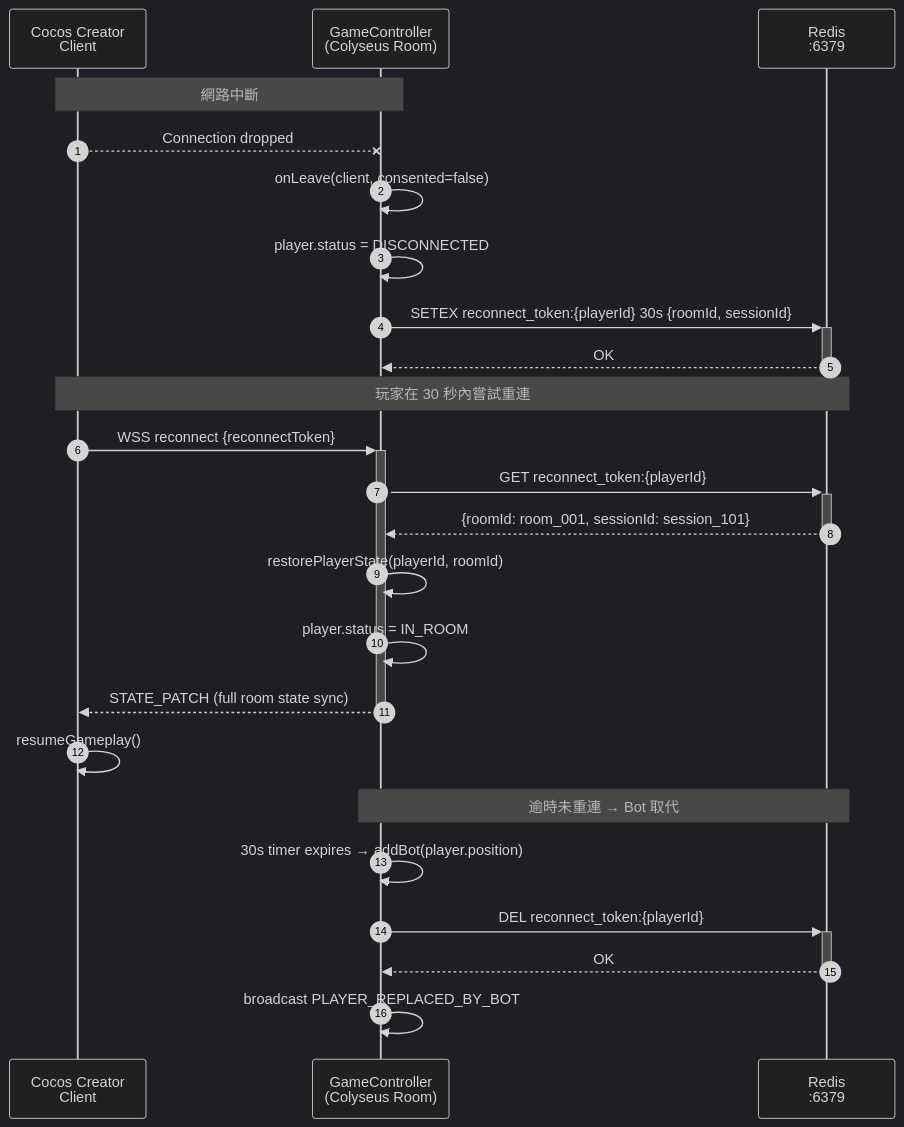
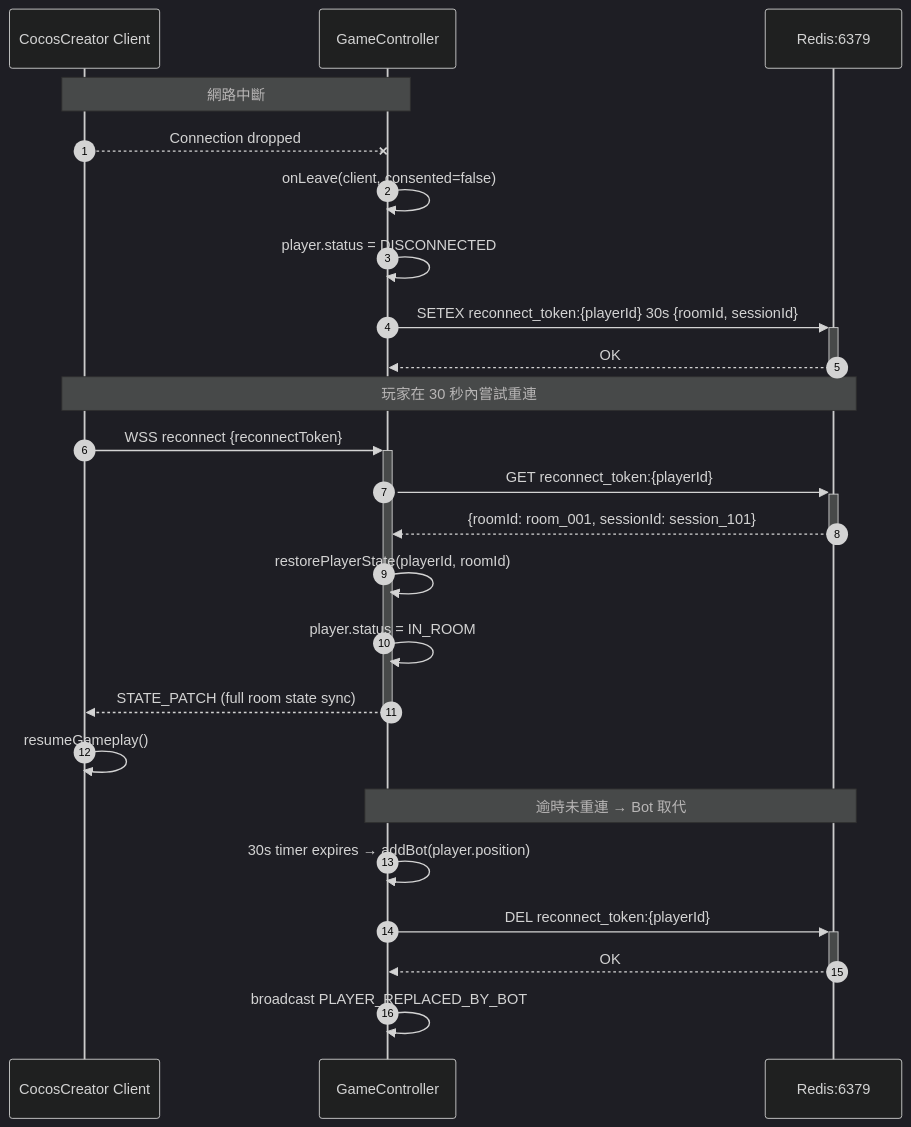
The fourth of 4 diagrams in docs/diagrams/sequence-shoot-fish-error.md (ibalasite/fishgame), drawn with Mermaid before and after one commit. The commit also changed other lines of this file and 5 other files, not shown here.

First line of the commit message:
fix: remove all <br/> from Mermaid diagrams and replace experimental charts

````diff
--- a/docs/diagrams/sequence-shoot-fish-error.md
+++ b/docs/diagrams/sequence-shoot-fish-error.md
@@ -109,30 +109,30 @@
 ```mermaid
 %%{init: {"theme": "dark"}}%%
 sequenceDiagram
     autonumber
-    participant CC as Cocos Creator<br/>Client
-    participant CR as GameController<br/>(Colyseus Room)
-    participant Redis as Redis<br/>:6379
+    participant CC as CocosCreator Client
+    participant CR as GameController
+    participant Redis as Redis:6379
 
     Note over CC,CR: 網路中斷
     CC--xCR: Connection dropped
     CR->>CR: onLeave(client, consented=false)
     CR->>CR: player.status = DISCONNECTED
     CR->>+Redis: SETEX reconnect_token:{playerId} 30s {roomId, sessionId}
     Redis-->>-CR: OK
 
     Note over CC,Redis: 玩家在 30 秒內嘗試重連
     CC->>+CR: WSS reconnect {reconnectToken}
     CR->>+Redis: GET reconnect_token:{playerId}
     Redis-->>-CR: {roomId: room_001, sessionId: session_101}
     CR->>CR: restorePlayerState(playerId, roomId)
     CR->>CR: player.status = IN_ROOM
     CR-->>-CC: STATE_PATCH (full room state sync)
     CC->>CC: resumeGameplay()
 
     Note over CR,Redis: 逾時未重連 → Bot 取代
     CR->>CR: 30s timer expires → addBot(player.position)
     CR->>+Redis: DEL reconnect_token:{playerId}
     Redis-->>-CR: OK
     CR->>CR: broadcast PLAYER_REPLACED_BY_BOT
 ```
````
